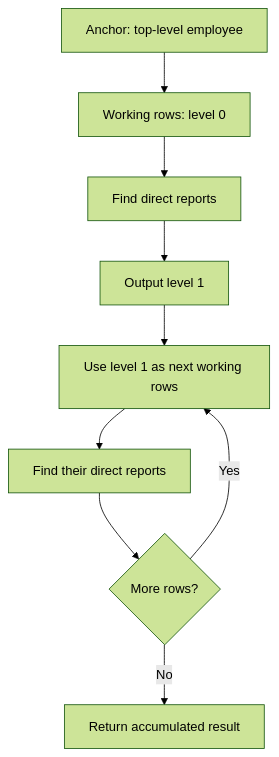
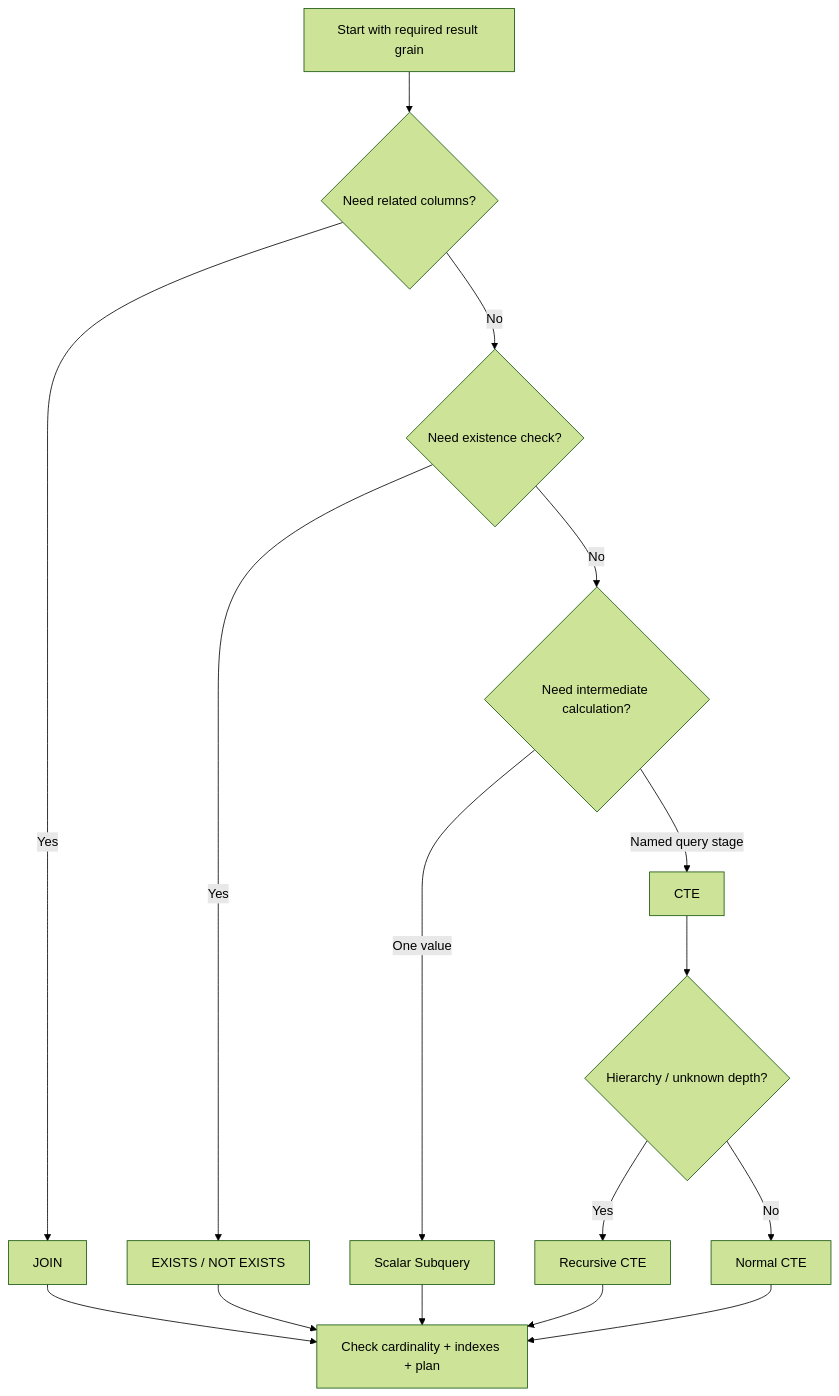
The seventh of 7 diagrams in src/content/databases/joins-subqueries-ctes.md (AvadhBhalodiya/Interview-Preparation), drawn with Mermaid (forest theme) before and after one commit. The commit also changed other lines of this file and 80 other files, not shown here.

````diff
--- a/src/content/databases/joins-subqueries-ctes.md
+++ b/src/content/databases/joins-subqueries-ctes.md
@@ -1271,11 +1047,18 @@
 ```mermaid
 flowchart TD
-    A[Anchor: top-level employee] --> B[Working rows: level 0]
-    B --> C[Find direct reports]
-    C --> D[Output level 1]
-    D --> E[Use level 1 as next working rows]
-    E --> F[Find their direct reports]
-    F --> G{More rows?}
-    G -->|Yes| E
-    G -->|No| H[Return accumulated result]
+    A[Start with required result grain] --> B{Need related columns?}
+    B -->|Yes| C[JOIN]
+    B -->|No| D{Need existence check?}
+    D -->|Yes| E[EXISTS / NOT EXISTS]
+    D -->|No| F{Need intermediate calculation?}
+    F -->|One value| G[Scalar Subquery]
+    F -->|Named query stage| H[CTE]
+    H --> I{Hierarchy / unknown depth?}
+    I -->|Yes| J[Recursive CTE]
+    I -->|No| K[Normal CTE]
+    C --> L[Check cardinality + indexes + plan]
+    E --> L
+    G --> L
+    J --> L
+    K --> L
 ```
````
